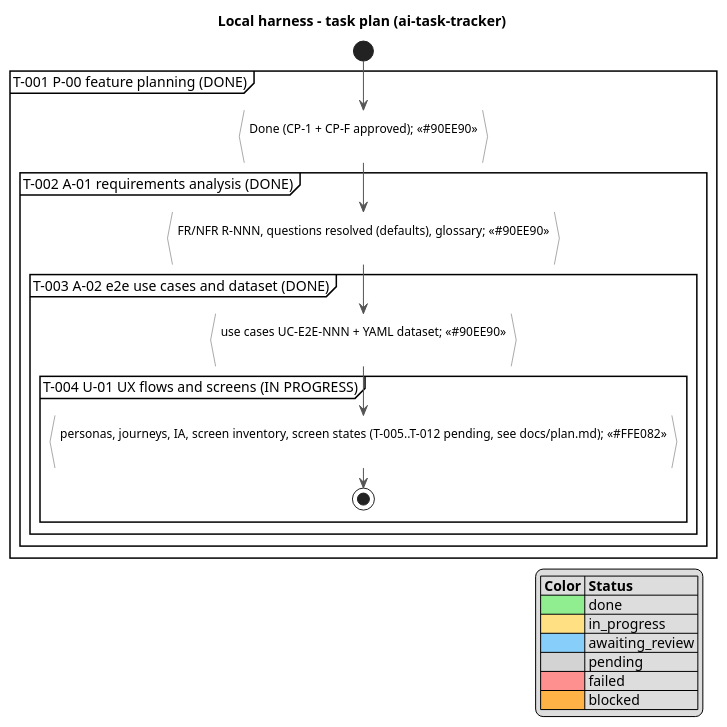
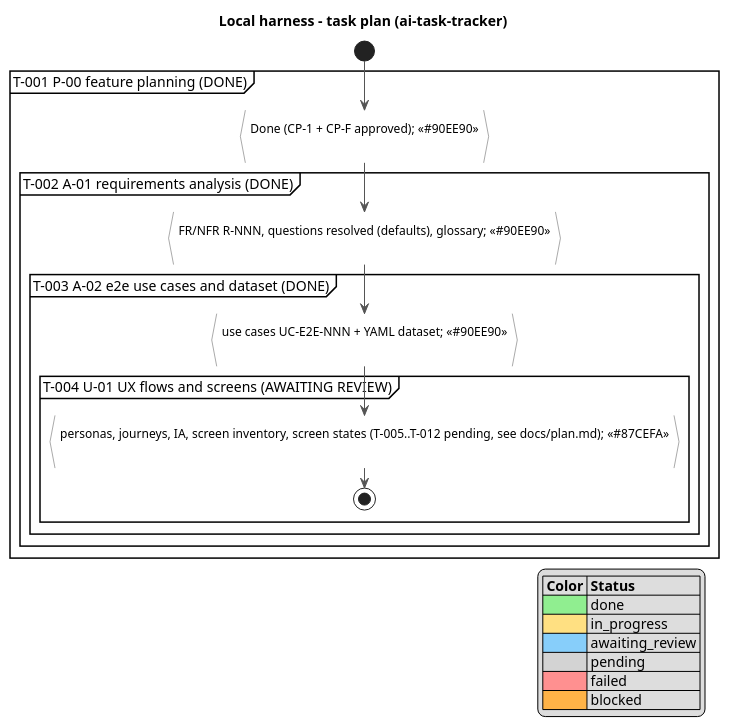
Before and after one commit to serge-sasov/ai-task-tracker: the diagram in docs/activity.puml, drawn with PlantUML. The commit also changed 6 other files, not shown here.

Commit message:
T-004: CP-1 (U-01 UX flows and screens) awaiting review

```diff
--- a/docs/activity.puml
+++ b/docs/activity.puml
@@ -1,32 +1,32 @@
 @startuml
 skinparam defaultFontName Segoe UI
 skinparam ActivityBackgroundColor #FFFFFF
 skinparam ActivityBorderColor #555555
 skinparam ArrowColor #555555
 title Local harness - task plan (ai-task-tracker)
 
 start
 partition "T-001 P-00 feature planning (DONE)" {
   :Done (CP-1 + CP-F approved); <<#90EE90>>
 }
 partition "T-002 A-01 requirements analysis (DONE)" {
   :FR/NFR R-NNN, questions resolved (defaults), glossary; <<#90EE90>>
 }
 partition "T-003 A-02 e2e use cases and dataset (DONE)" {
   :use cases UC-E2E-NNN + YAML dataset; <<#90EE90>>
 }
-partition "T-004 U-01 UX flows and screens (IN PROGRESS)" {
-  :personas, journeys, IA, screen inventory, screen states (T-005..T-012 pending, see docs/plan.md); <<#FFE082>>
+partition "T-004 U-01 UX flows and screens (AWAITING REVIEW)" {
+  :personas, journeys, IA, screen inventory, screen states (T-005..T-012 pending, see docs/plan.md); <<#87CEFA>>
 }
 stop
 
 legend right
  |= Color |= Status |
  |<#90EE90>| done |
  |<#FFE082>| in_progress |
  |<#87CEFA>| awaiting_review |
  |<#D3D3D3>| pending |
  |<#FF9090>| failed |
  |<#FFB347>| blocked |
 endlegend
 @enduml
```
